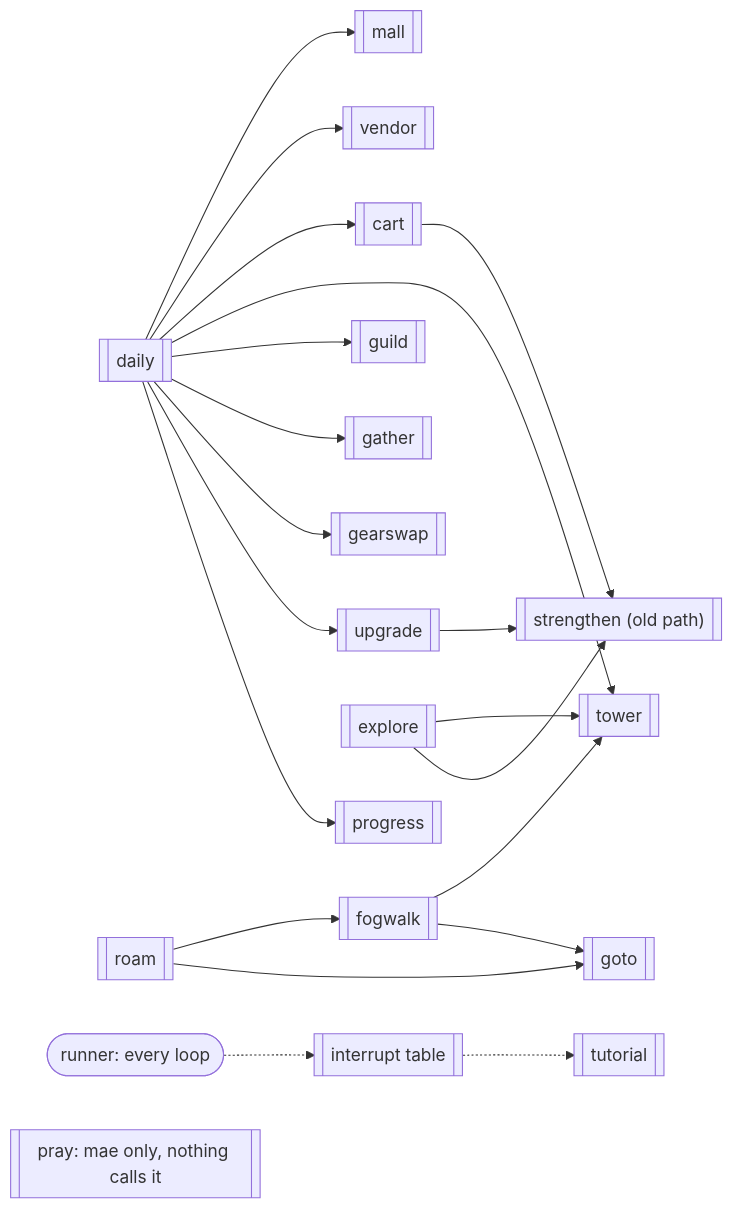
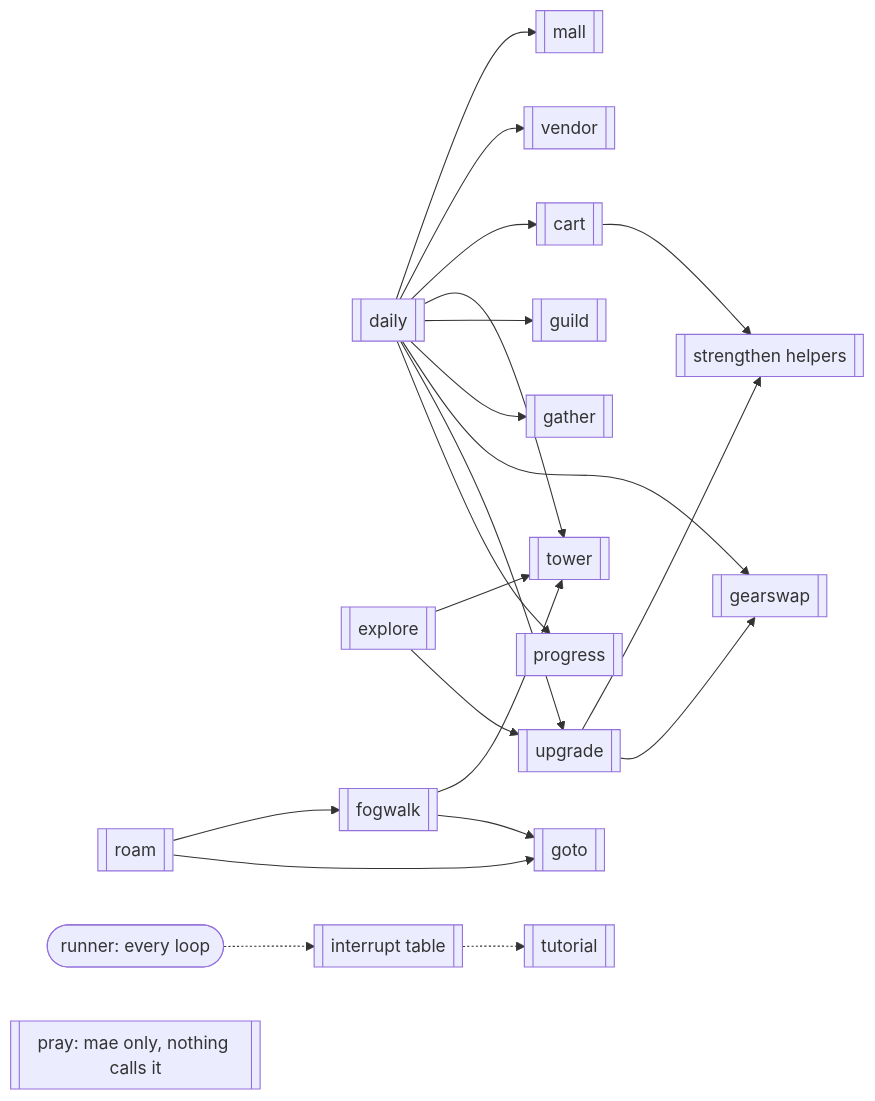
The second of 2 diagrams in docs/loops/README.md (Sun-flow/sxs-agent), drawn with Mermaid before and after one commit. The commit also changed other lines of this file and 20 other files, not shown here.

````diff
--- a/docs/loops/README.md
+++ b/docs/loops/README.md
@@ -55,23 +55,24 @@
 ```mermaid
 flowchart LR
     daily[["daily"]] --> mall[["mall"]]
     daily --> vendor[["vendor"]]
     daily --> cart[["cart"]]
     daily --> tower[["tower"]]
     daily --> guild[["guild"]]
     daily --> gather[["gather"]]
     daily --> gearswap[["gearswap"]]
     daily --> upgrade[["upgrade"]]
     daily --> progress[["progress"]]
     explore[["explore"]] --> tower
-    explore --> strengthen[["strengthen (old path)"]]
+    explore --> upgrade
     roam[["roam"]] --> fogwalk[["fogwalk"]]
     roam --> goto[["goto"]]
     fogwalk --> tower
     fogwalk --> goto
-    upgrade --> strengthen
+    upgrade --> strengthen[["strengthen helpers"]]
+    upgrade --> gearswap
     cart --> strengthen
     runner(["runner: every loop"]) -.-> interrupts[["interrupt table"]]
     interrupts -.-> tutorial[["tutorial"]]
     pray[["pray: mae only, nothing calls it"]]
 ```
````
